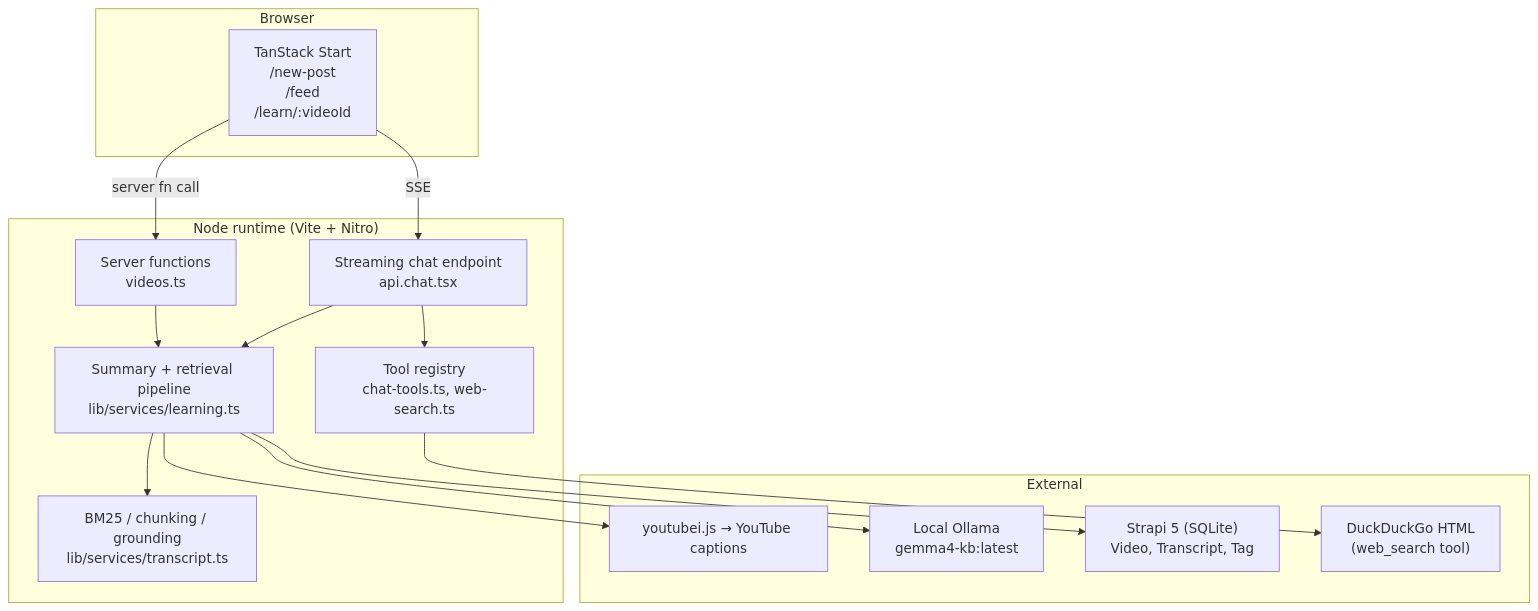
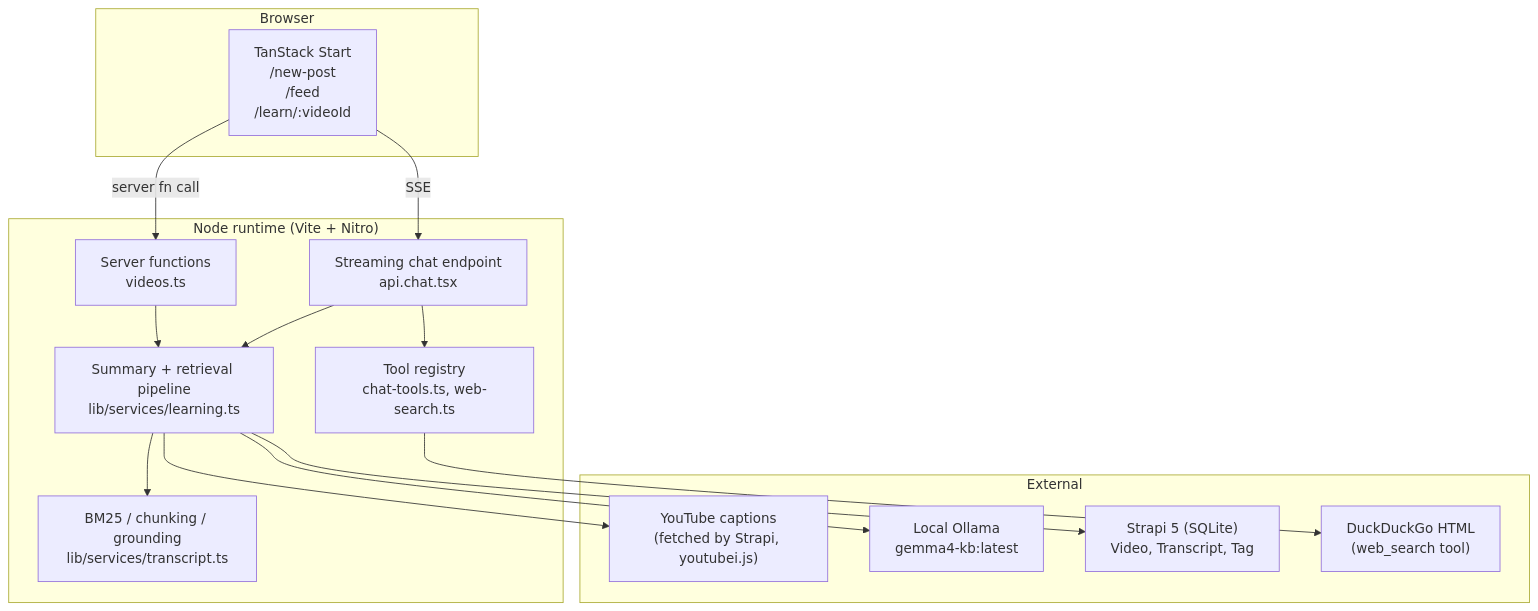
Before and after one commit to PaulBratslavsky/yt-local-llm-knowledge-base-with-mcp: the first of 7 diagrams in docs/architecture.md, drawn with Mermaid. The commit also changed other lines of this file and 19 other files, not shown here.

````diff
--- a/docs/architecture.md
+++ b/docs/architecture.md
@@ -33,32 +33,32 @@
 ```mermaid
 flowchart TB
     subgraph Browser["Browser"]
       UI["TanStack Start<br/>/new-post<br/>/feed<br/>/learn/:videoId"]
     end
 
     subgraph Node["Node runtime (Vite + Nitro)"]
       SF["Server functions<br/>videos.ts"]
       API["Streaming chat endpoint<br/>api.chat.tsx"]
       Learn["Summary + retrieval pipeline<br/>lib/services/learning.ts"]
       Tx["BM25 / chunking / grounding<br/>lib/services/transcript.ts"]
       Tools["Tool registry<br/>chat-tools.ts, web-search.ts"]
     end
 
     subgraph External["External"]
-      YT["youtubei.js → YouTube captions"]
+      YT["YouTube captions<br/>(fetched by Strapi, youtubei.js)"]
       Ollama["Local Ollama<br/>gemma4-kb:latest"]
       Strapi["Strapi 5 (SQLite)<br/>Video, Transcript, Tag"]
       DDG["DuckDuckGo HTML<br/>(web_search tool)"]
     end
 
     UI -->|server fn call| SF
     UI -->|SSE| API
     SF --> Learn
     API --> Learn
     Learn --> Tx
     Learn --> Ollama
     Learn --> YT
     Learn --> Strapi
     API --> Tools
     Tools --> DDG
 ```
````
